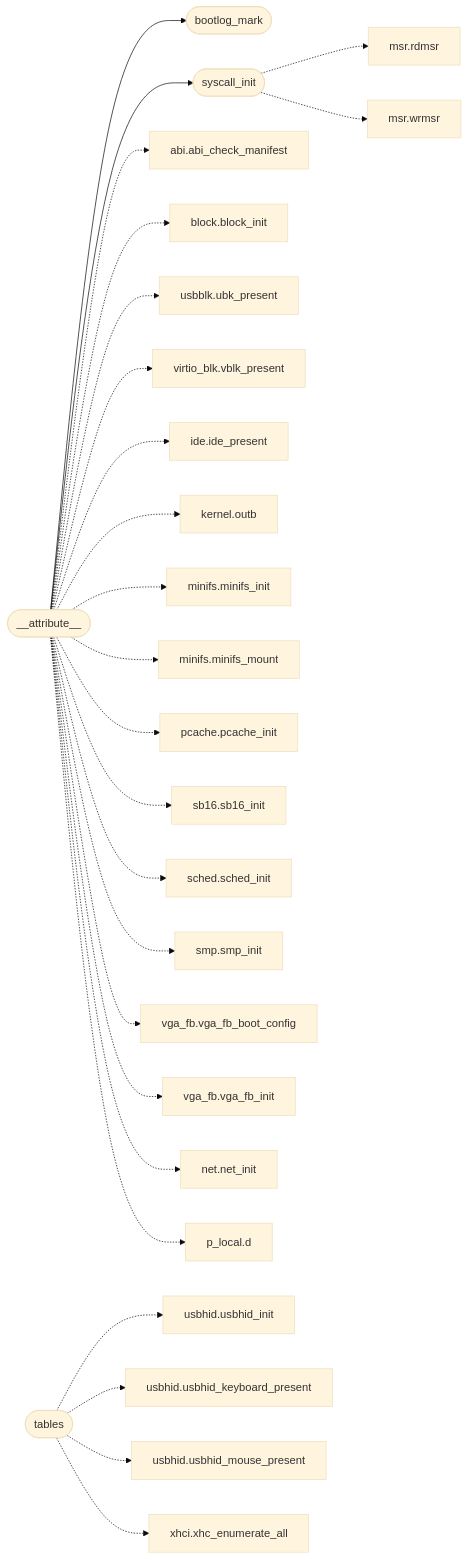
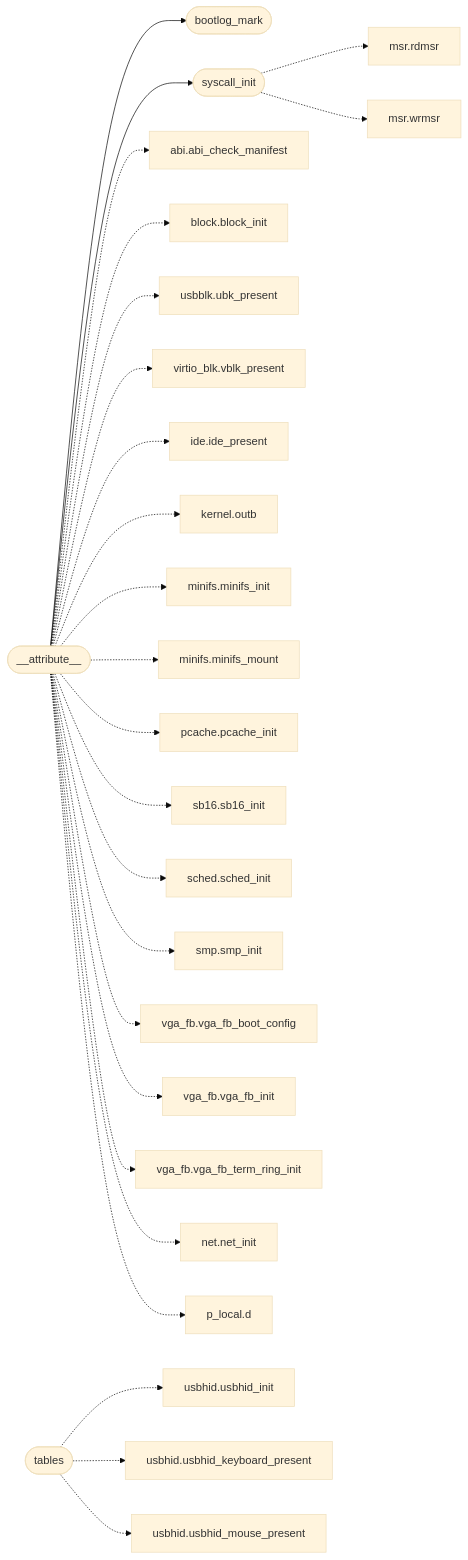
One commit to grisuno/miniOS changed the diagram in readmenator-apidocs/modules/kernel.c.md. Above: the diagram before and after it, drawn with Mermaid (base theme). The commit also changed other lines of this file and 286 other files, not shown here.

````diff
--- a/readmenator-apidocs/modules/kernel.c.md
+++ b/readmenator-apidocs/modules/kernel.c.md
@@ -17,53 +17,53 @@
 ```mermaid
 flowchart LR
     n_kernel_c____attribute__(["__attribute__"])
     n_kernel_c__bootlog_mark(["bootlog_mark"])
     n_kernel_c__syscall_init(["syscall_init"])
     n_headers_arch_x86_msr_h__rdmsr["msr.rdmsr"]
     n_headers_arch_x86_msr_h__wrmsr["msr.wrmsr"]
     n_headers_abi_h__abi_check_manifest["abi.abi_check_manifest"]
     n_headers_block_h__block_init["block.block_init"]
     n_headers_drivers_usbblk_h__ubk_present["usbblk.ubk_present"]
     n_headers_drivers_virtio_blk_h__vblk_present["virtio_blk.vblk_present"]
     n_headers_ide_h__ide_present["ide.ide_present"]
     n_headers_kernel_h__outb["kernel.outb"]
     n_headers_minifs_h__minifs_init["minifs.minifs_init"]
     n_headers_minifs_h__minifs_mount["minifs.minifs_mount"]
     n_headers_pcache_h__pcache_init["pcache.pcache_init"]
     n_headers_sb16_h__sb16_init["sb16.sb16_init"]
     n_headers_sched_h__sched_init["sched.sched_init"]
     n_headers_smp_h__smp_init["smp.smp_init"]
     n_headers_vga_fb_h__vga_fb_boot_config["vga_fb.vga_fb_boot_config"]
     n_headers_vga_fb_h__vga_fb_init["vga_fb.vga_fb_init"]
+    n_headers_vga_fb_h__vga_fb_term_ring_init["vga_fb.vga_fb_term_ring_init"]
     n_net_net_c__net_init["net.net_init"]
     n_progs_doomgeneric_p_local_h__d["p_local.d"]
     n_kernel_c__tables(["tables"])
     n_headers_drivers_usbhid_h__usbhid_init["usbhid.usbhid_init"]
     n_headers_drivers_usbhid_h__usbhid_keyboard_present["usbhid.usbhid_keyboard_present"]
     n_headers_drivers_usbhid_h__usbhid_mouse_present["usbhid.usbhid_mouse_present"]
-    n_headers_drivers_xhci_h__xhc_enumerate_all["xhci.xhc_enumerate_all"]
     n_kernel_c____attribute__ --> n_kernel_c__bootlog_mark
     n_kernel_c____attribute__ --> n_kernel_c__syscall_init
     n_kernel_c__syscall_init -.-> n_headers_arch_x86_msr_h__rdmsr
     n_kernel_c__syscall_init -.-> n_headers_arch_x86_msr_h__wrmsr
     n_kernel_c____attribute__ -.-> n_headers_abi_h__abi_check_manifest
     n_kernel_c____attribute__ -.-> n_headers_block_h__block_init
     n_kernel_c____attribute__ -.-> n_headers_drivers_usbblk_h__ubk_present
     n_kernel_c____attribute__ -.-> n_headers_drivers_virtio_blk_h__vblk_present
     n_kernel_c____attribute__ -.-> n_headers_ide_h__ide_present
     n_kernel_c____attribute__ -.-> n_headers_kernel_h__outb
     n_kernel_c____attribute__ -.-> n_headers_minifs_h__minifs_init
     n_kernel_c____attribute__ -.-> n_headers_minifs_h__minifs_mount
     n_kernel_c____attribute__ -.-> n_headers_pcache_h__pcache_init
     n_kernel_c____attribute__ -.-> n_headers_sb16_h__sb16_init
     n_kernel_c____attribute__ -.-> n_headers_sched_h__sched_init
     n_kernel_c____attribute__ -.-> n_headers_smp_h__smp_init
     n_kernel_c____attribute__ -.-> n_headers_vga_fb_h__vga_fb_boot_config
     n_kernel_c____attribute__ -.-> n_headers_vga_fb_h__vga_fb_init
+    n_kernel_c____attribute__ -.-> n_headers_vga_fb_h__vga_fb_term_ring_init
     n_kernel_c____attribute__ -.-> n_net_net_c__net_init
     n_kernel_c____attribute__ -.-> n_progs_doomgeneric_p_local_h__d
     n_kernel_c__tables -.-> n_headers_drivers_usbhid_h__usbhid_init
     n_kernel_c__tables -.-> n_headers_drivers_usbhid_h__usbhid_keyboard_present
     n_kernel_c__tables -.-> n_headers_drivers_usbhid_h__usbhid_mouse_present
-    n_kernel_c__tables -.-> n_headers_drivers_xhci_h__xhc_enumerate_all
 ```
````
